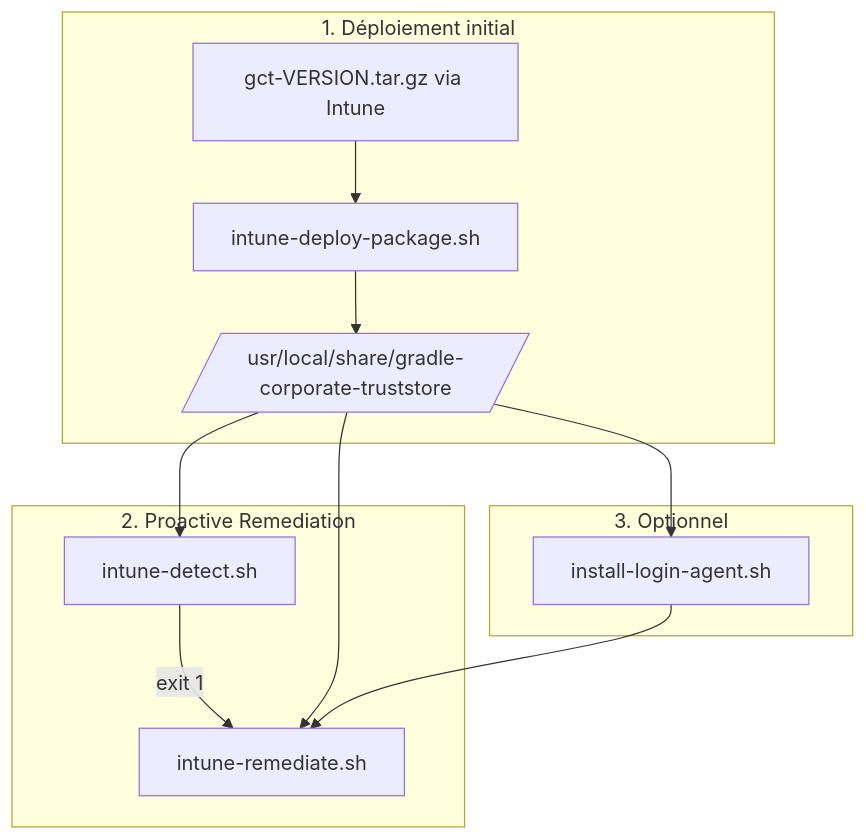
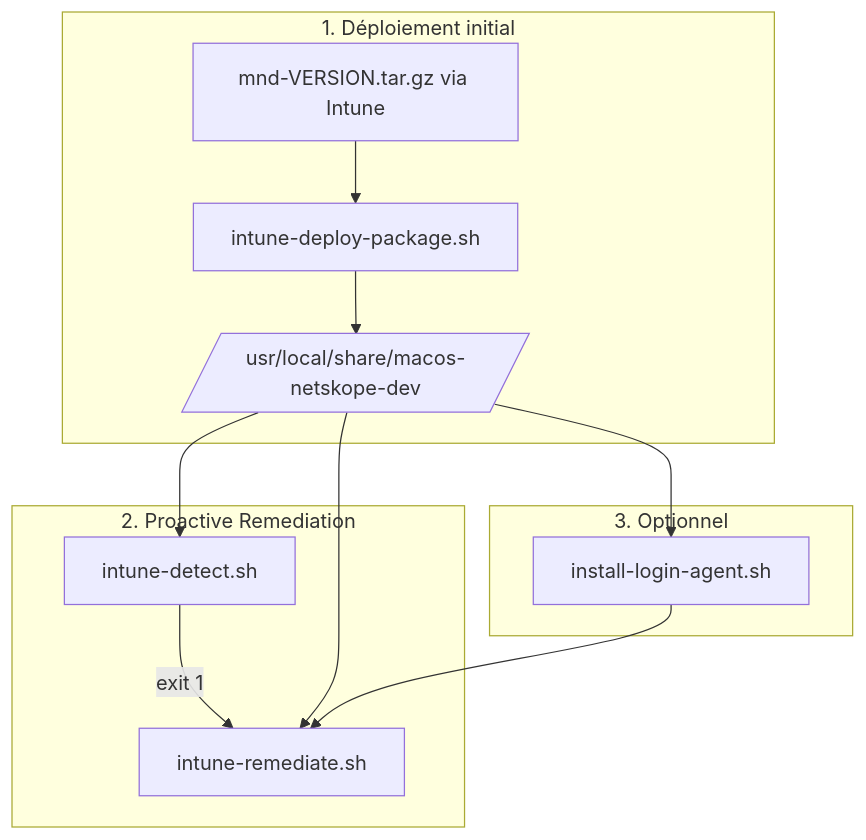
Before and after one commit to vince-de-nice/macos-netskope-dev: the diagram in docs/INTUNE.md, drawn with Mermaid. The commit also changed other lines of this file and 31 other files, not shown here.

First line of the commit message:
Release macos-netskope-dev v1.0.0 as initial product baseline.

````diff
--- a/docs/INTUNE.md
+++ b/docs/INTUNE.md
@@ -21,24 +37,24 @@
 ```mermaid
 flowchart TB
     subgraph deploy [1. Déploiement initial]
-        PKG[gct-VERSION.tar.gz via Intune]
+        PKG[mnd-VERSION.tar.gz via Intune]
         DEP[intune-deploy-package.sh]
         PKG --> DEP
-        DEP --> DIR[/usr/local/share/gradle-corporate-truststore/]
+        DEP --> DIR[/usr/local/share/macos-netskope-dev/]
     end
 
     subgraph pr [2. Proactive Remediation]
         DET[intune-detect.sh]
         REM[intune-remediate.sh]
         DET -->|exit 1| REM
     end
 
     subgraph opt [3. Optionnel]
         LA[install-login-agent.sh]
         LA --> REM
     end
 
     DIR --> DET
     DIR --> REM
     DIR --> LA
 ```
````
